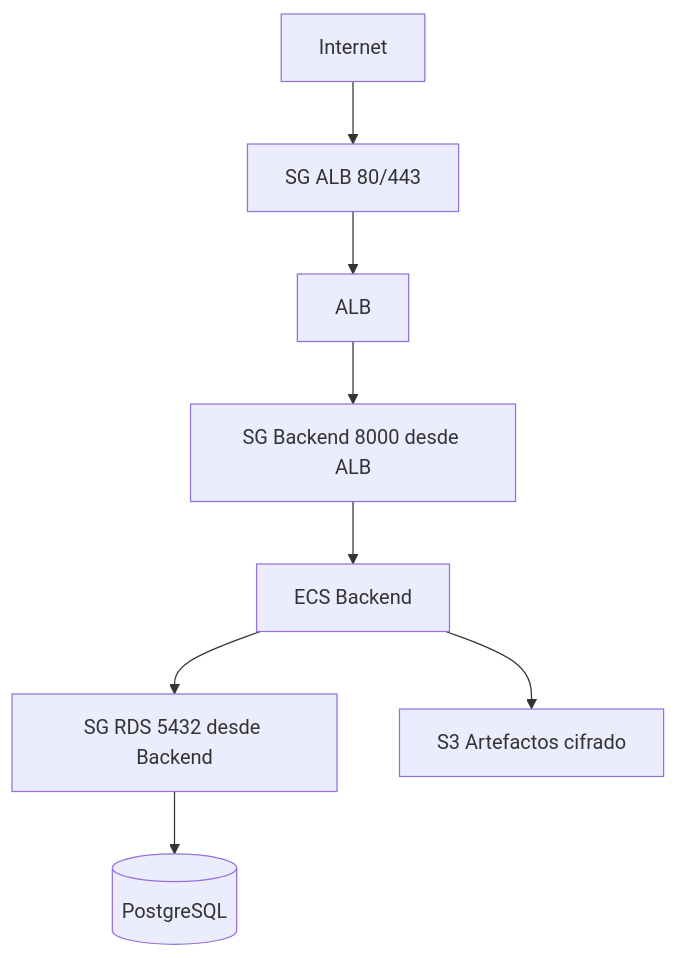
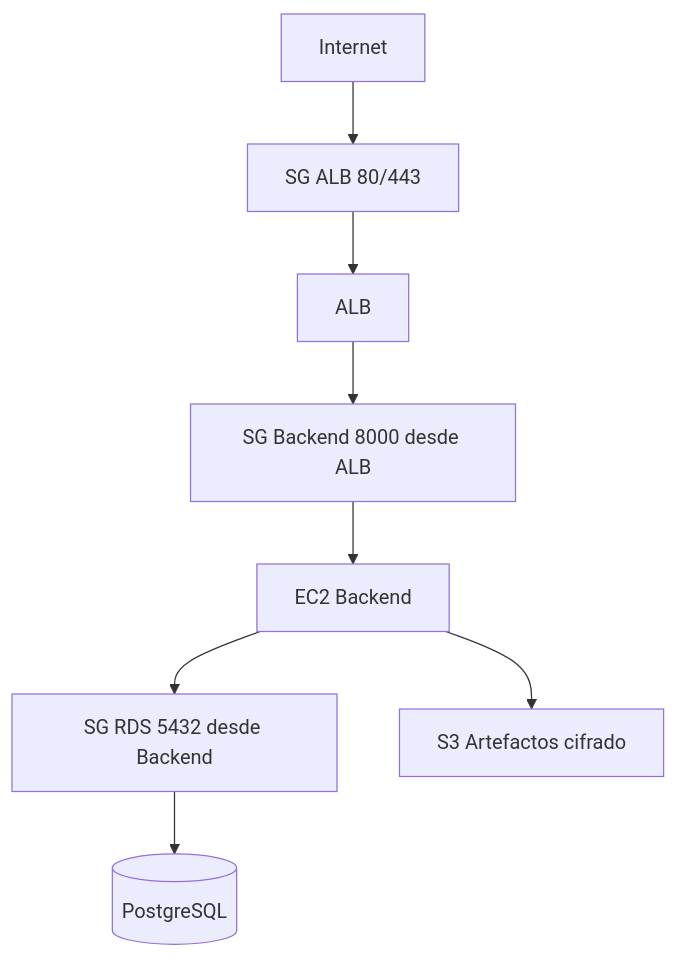
The diagram in docs/fase11/diagramas/red_seguridad.mmd (b-shadow/parcialsw), drawn with Mermaid before and after one commit. The commit also changed 27 other files, not shown here.

```diff
--- a/docs/fase11/diagramas/red_seguridad.mmd
+++ b/docs/fase11/diagramas/red_seguridad.mmd
@@ -1,8 +1,8 @@
 flowchart TB
     Internet[Internet] --> SGALB[SG ALB 80/443]
     SGALB --> ALB[ALB]
     ALB --> SGBE[SG Backend 8000 desde ALB]
-    SGBE --> ECS[ECS Backend]
-    ECS --> SGRDS[SG RDS 5432 desde Backend]
+    SGBE --> EC2[EC2 Backend]
+    EC2 --> SGRDS[SG RDS 5432 desde Backend]
     SGRDS --> RDS[(PostgreSQL)]
-    ECS --> S3[S3 Artefactos cifrado]
+    EC2 --> S3[S3 Artefactos cifrado]
```
